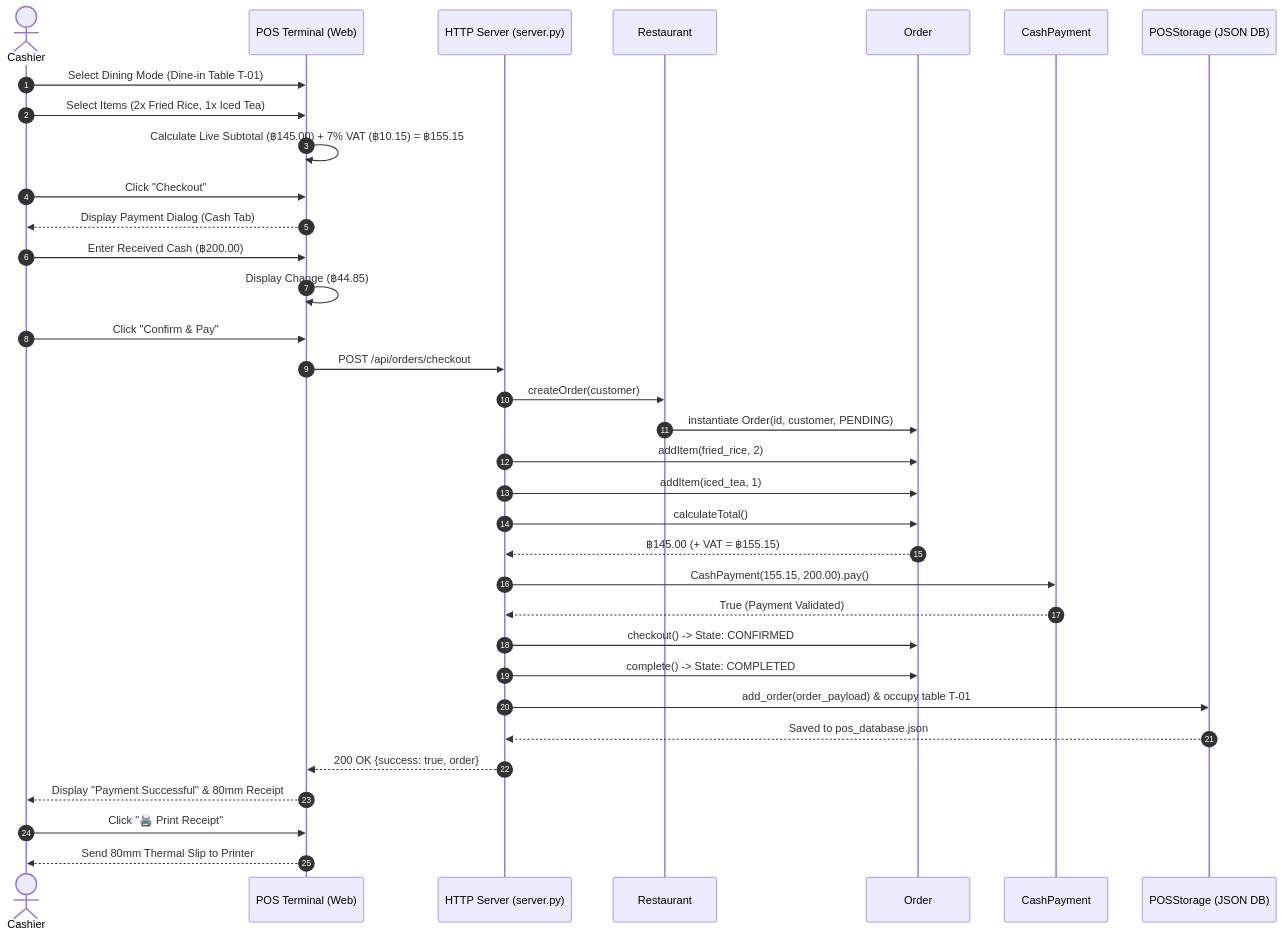
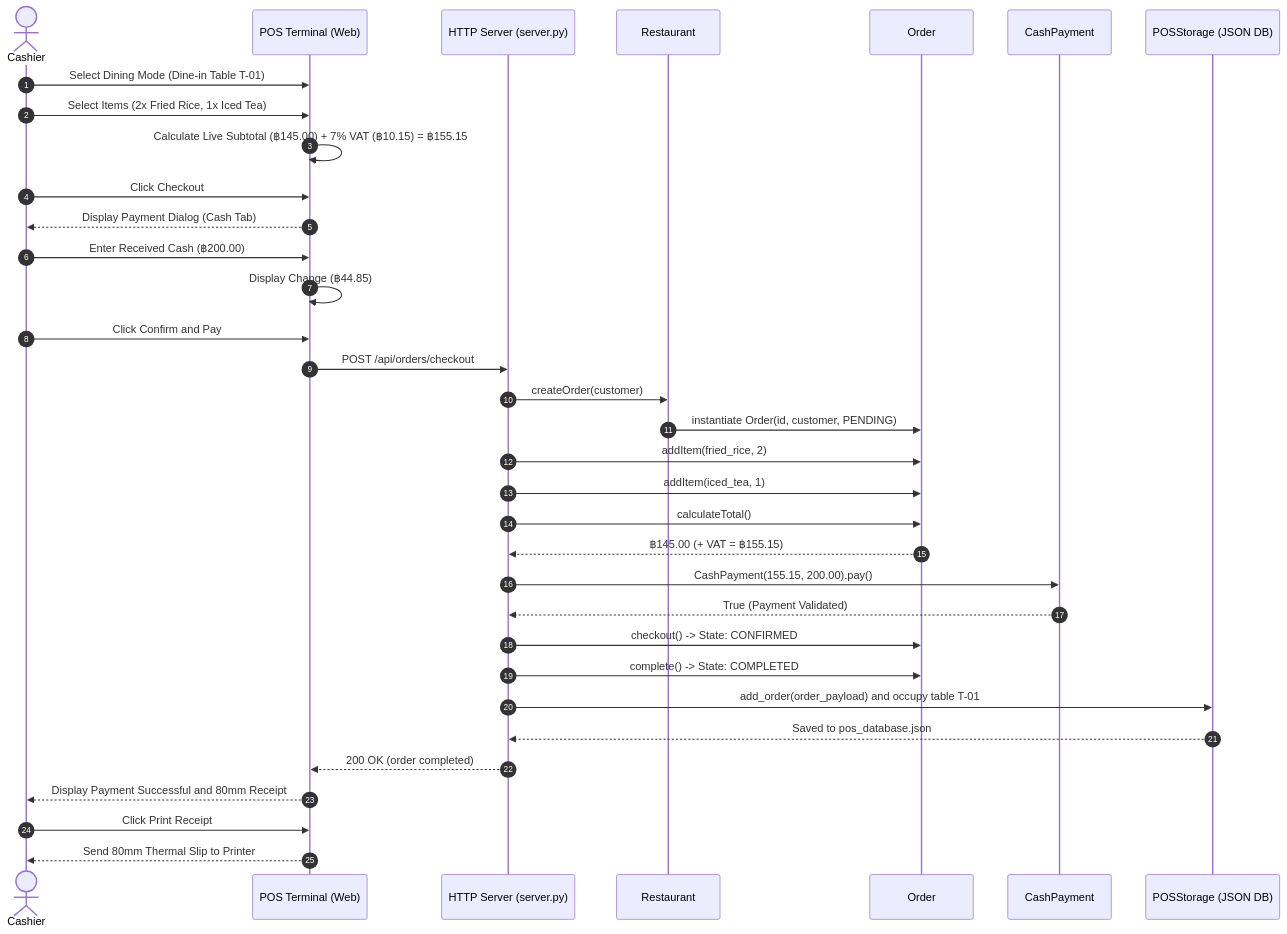
Before and after one commit to tudzydev/Restaurant-POS: the third of 5 diagrams in diagrams.md, drawn with Mermaid. The commit also changed other lines of this file and 1 other file, not shown here.

Commit message:
feat: Add new order details and update order ID in pos_database.json

````diff
--- a/diagrams.md
+++ b/diagrams.md
@@ -227,41 +227,41 @@
 ```mermaid
 sequenceDiagram
     autonumber
     actor Cashier
     participant UI as POS Terminal (Web)
     participant Server as HTTP Server (server.py)
     participant Rest as Restaurant
     participant Ord as Order
     participant Pay as CashPayment
     participant DB as POSStorage (JSON DB)
 
     Cashier->>UI: Select Dining Mode (Dine-in Table T-01)
     Cashier->>UI: Select Items (2x Fried Rice, 1x Iced Tea)
     UI->>UI: Calculate Live Subtotal (฿145.00) + 7% VAT (฿10.15) = ฿155.15
-    Cashier->>UI: Click "Checkout"
+    Cashier->>UI: Click Checkout
     UI-->>Cashier: Display Payment Dialog (Cash Tab)
     Cashier->>UI: Enter Received Cash (฿200.00)
     UI->>UI: Display Change (฿44.85)
-    Cashier->>UI: Click "Confirm & Pay"
+    Cashier->>UI: Click Confirm and Pay
 
     UI->>Server: POST /api/orders/checkout
     Server->>Rest: createOrder(customer)
     Rest->>Ord: instantiate Order(id, customer, PENDING)
     Server->>Ord: addItem(fried_rice, 2)
     Server->>Ord: addItem(iced_tea, 1)
     Server->>Ord: calculateTotal()
     Ord-->>Server: ฿145.00 (+ VAT = ฿155.15)
 
     Server->>Pay: CashPayment(155.15, 200.00).pay()
     Pay-->>Server: True (Payment Validated)
 
     Server->>Ord: checkout() -> State: CONFIRMED
     Server->>Ord: complete() -> State: COMPLETED
-    Server->>DB: add_order(order_payload) & occupy table T-01
+    Server->>DB: add_order(order_payload) and occupy table T-01
     DB-->>Server: Saved to pos_database.json
-    Server-->>UI: 200 OK {success: true, order}
+    Server-->>UI: 200 OK (order completed)
 
-    UI-->>Cashier: Display "Payment Successful" & 80mm Receipt
-    Cashier->>UI: Click "🖨️ Print Receipt"
+    UI-->>Cashier: Display Payment Successful and 80mm Receipt
+    Cashier->>UI: Click Print Receipt
     UI-->>Cashier: Send 80mm Thermal Slip to Printer
 ```
````
